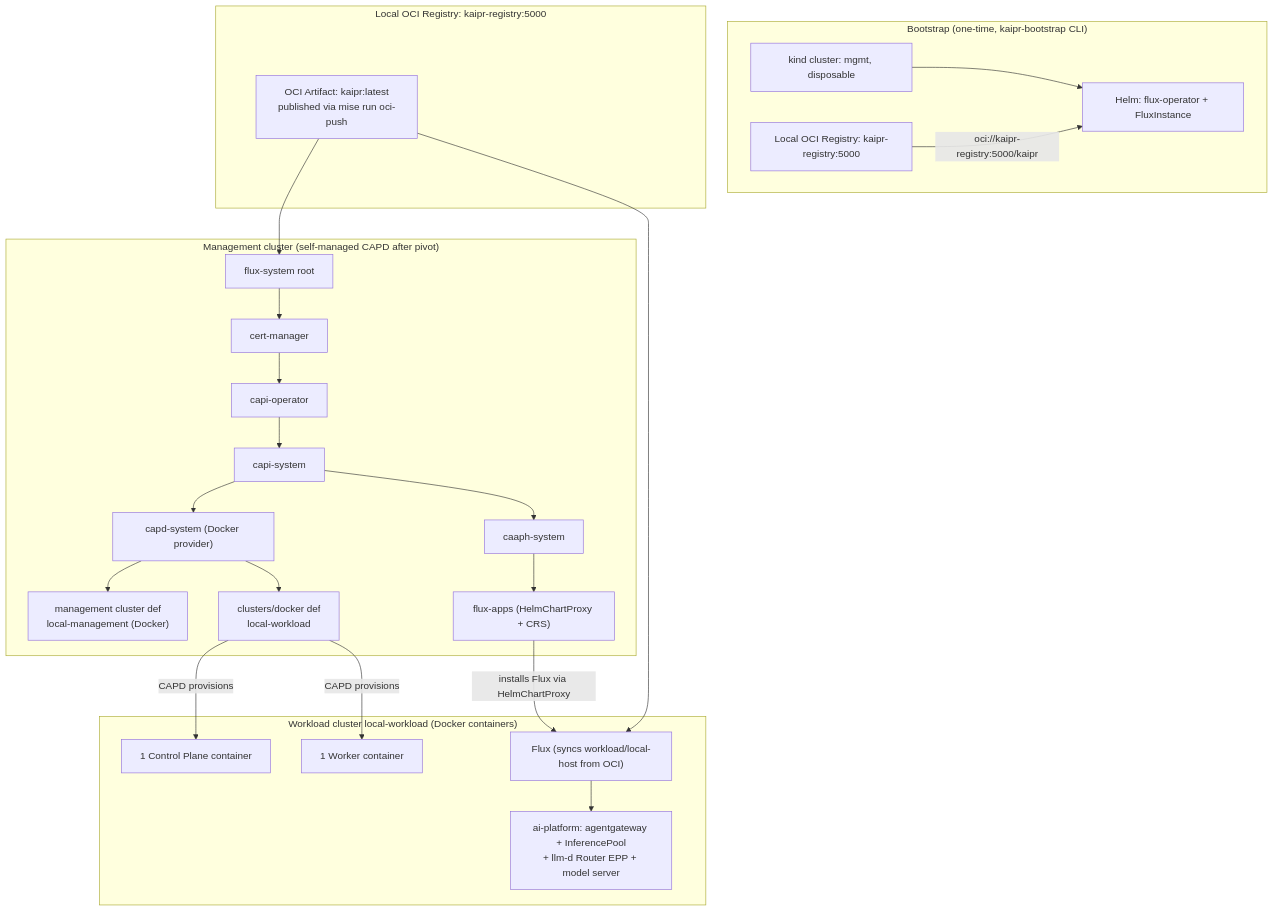
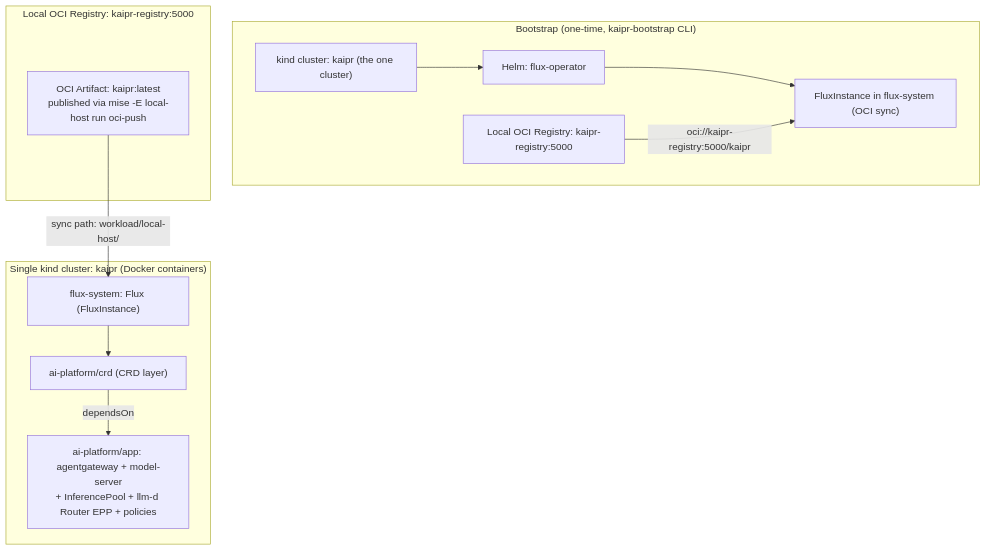
Before and after one commit to polarsquad/kaipr: the diagram in docs/architecture.md, drawn with Mermaid. The commit also changed other lines of this file and 76 other files, not shown here.

````diff
--- a/docs/architecture.md
+++ b/docs/architecture.md
@@ -34,46 +41,26 @@
 ```mermaid
 flowchart TD
     subgraph bootstrap["Bootstrap (one-time, kaipr-bootstrap CLI)"]
-        KIND[kind cluster: mgmt, disposable]
+        KIND["kind cluster: kaipr (the one cluster)"]
         REG["Local OCI Registry: kaipr-registry:5000"]
-        HELM[Helm: flux-operator + FluxInstance]
+        HELM["Helm: flux-operator"]
+        FI["FluxInstance in flux-system (OCI sync)"]
         KIND --> HELM
-        REG -->|oci://kaipr-registry:5000/kaipr| HELM
+        HELM --> FI
+        REG -->|oci://kaipr-registry:5000/kaipr| FI
     end
 
     subgraph oci["Local OCI Registry: kaipr-registry:5000"]
-        ARTIFACT["OCI Artifact: kaipr:latest<br/>published via mise run oci-push"]
+        ARTIFACT["OCI Artifact: kaipr:latest<br/>published via mise -E local-host run oci-push"]
     end
 
-    subgraph mgmt["Management cluster (self-managed CAPD after pivot)"]
-        FS[flux-system root]
-        CM[cert-manager]
-        CO[capi-operator]
-        CAPIS[capi-system]
-        CAPDS["capd-system (Docker provider)"]
-        CAAPH[caaph-system]
-        MGMT["management cluster def<br/>local-management (Docker)"]
-        DOCKER["clusters/docker def<br/>local-workload"]
-        FA["flux-apps (HelmChartProxy + CRS)"]
-
-        FS --> CM --> CO --> CAPIS --> CAPDS
-        CAPIS --> CAAPH --> FA
-        CAPDS --> MGMT
-        CAPDS --> DOCKER
+    subgraph cluster["Single kind cluster: kaipr (Docker containers)"]
+        FS["flux-system: Flux (FluxInstance)"]
+        CRD["ai-platform/crd (CRD layer)"]
+        APP["ai-platform/app: agentgateway + model-server<br/>+ InferencePool + llm-d Router EPP + policies"]
+        FS --> CRD
+        CRD -->|dependsOn| APP
     end
 
-    ARTIFACT --> FS
-
-    subgraph wl["Workload cluster local-workload (Docker containers)"]
-        CP[1 Control Plane container]
-        WORKER[1 Worker container]
-        WF["Flux (syncs workload/local-host from OCI)"]
-        AIP["ai-platform: agentgateway + InferencePool<br/>+ llm-d Router EPP + model server"]
-        WF --> AIP
-    end
-
-    DOCKER -->|CAPD provisions| CP
-    DOCKER -->|CAPD provisions| WORKER
-    FA -->|installs Flux via HelmChartProxy| WF
-    ARTIFACT --> WF
+    ARTIFACT -->|sync path: workload/local-host/| FS
 ```
````
